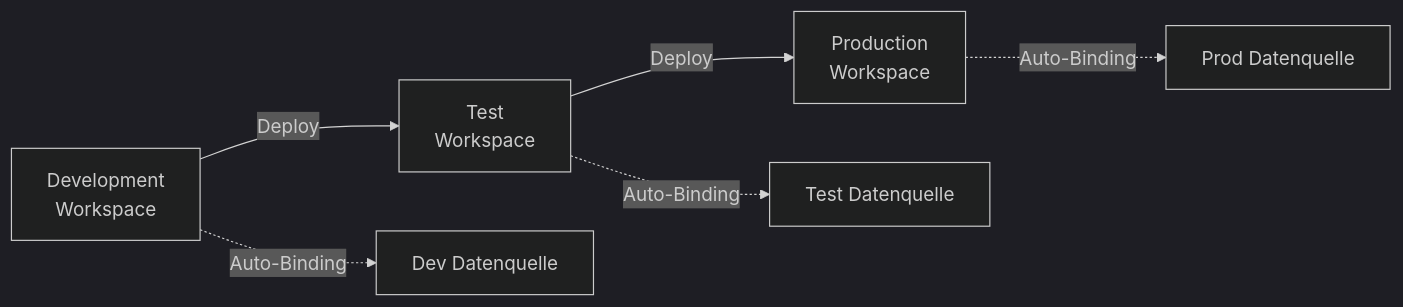
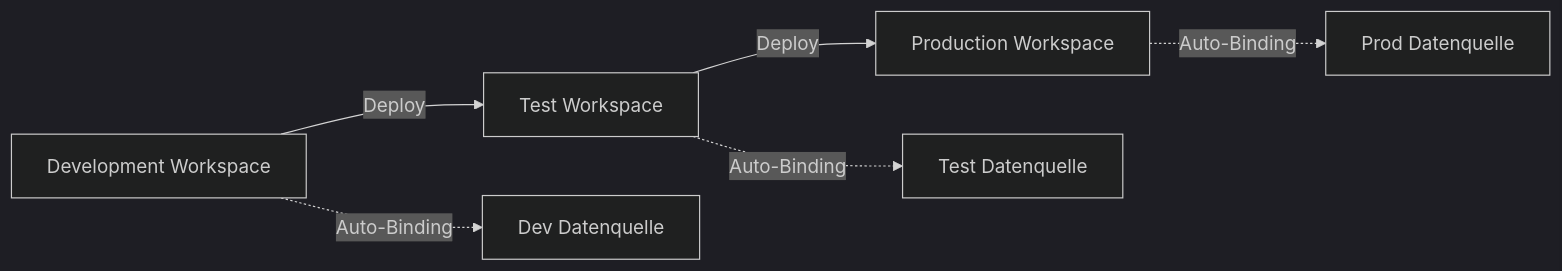
Before and after one commit to SoniiiT/notes-n-docs: the fourth of 9 diagrams in Microsoft 365/Azure/Fabric/Power BI in Fabric.md, drawn with Mermaid (dark theme). The commit also changed other lines of this file and 124 other files, not shown here.

First line of the commit message:
fix: Entferne \n aus allen Mermaid-Diagrammen (125 Dateien)

````diff
--- a/Microsoft 365/Azure/Fabric/Power BI in Fabric.md
+++ b/Microsoft 365/Azure/Fabric/Power BI in Fabric.md
@@ -172,8 +172,8 @@
 ```mermaid
 graph LR
-    A[Development\nWorkspace] -->|Deploy| B[Test\nWorkspace]
-    B -->|Deploy| C[Production\nWorkspace]
+    A[Development Workspace] -->|Deploy| B[Test Workspace]
+    B -->|Deploy| C[Production Workspace]
     A -.->|Auto-Binding| D[Dev Datenquelle]
     B -.->|Auto-Binding| E[Test Datenquelle]
     C -.->|Auto-Binding| F[Prod Datenquelle]
 ```
````
